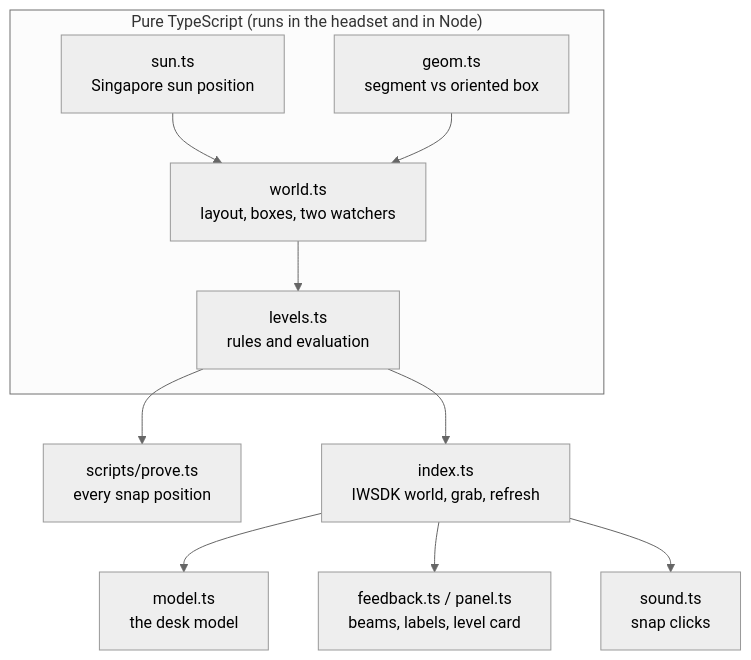
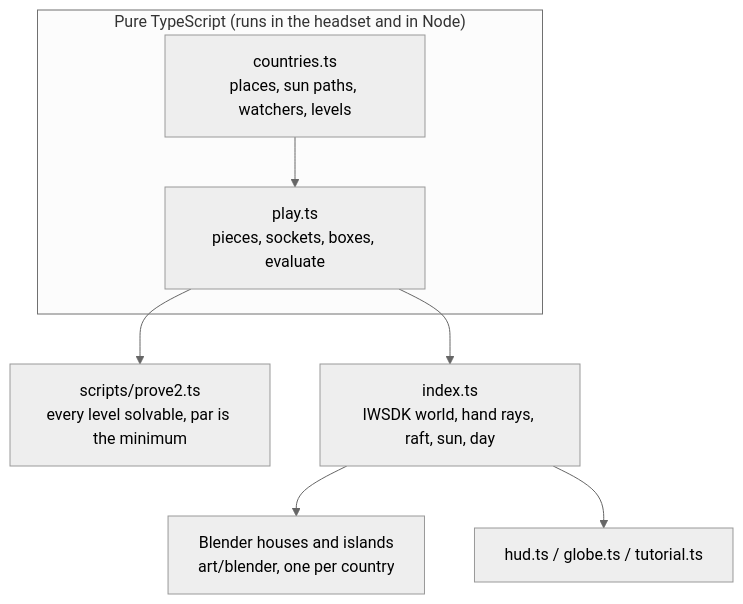
One commit to aljabrialam/valora-vr changed the second of 2 diagrams in README.md. Above: the diagram before and after it, drawn with Mermaid (neutral theme). The commit also changed other lines of this file and 2858 other files, not shown here.

````diff
--- a/README.md
+++ b/README.md
@@ -93,13 +70,10 @@
 ```mermaid
 flowchart TB
   subgraph Pure["Pure TypeScript (runs in the headset and in Node)"]
-    SUN[sun.ts<br/>Singapore sun position] --> W[world.ts<br/>layout, boxes, two watchers]
-    G[geom.ts<br/>segment vs oriented box] --> W
-    W --> L[levels.ts<br/>rules and evaluation]
+    C[countries.ts<br/>places, sun paths, watchers, levels] --> PL[play.ts<br/>pieces, sockets, boxes, evaluate]
   end
-  L --> P[scripts/prove.ts<br/>every snap position]
-  L --> APP[index.ts<br/>IWSDK world, grab, refresh]
-  APP --> M[model.ts<br/>the desk model]
-  APP --> F[feedback.ts / panel.ts<br/>beams, labels, level card]
-  APP --> S[sound.ts<br/>snap clicks]
+  PL --> PR[scripts/prove2.ts<br/>every level solvable, par is the minimum]
+  PL --> APP[index.ts<br/>IWSDK world, hand rays, raft, sun, day]
+  APP --> ART[Blender houses and islands<br/>art/blender, one per country]
+  APP --> HUD[hud.ts / globe.ts / tutorial.ts]
 ```
````
